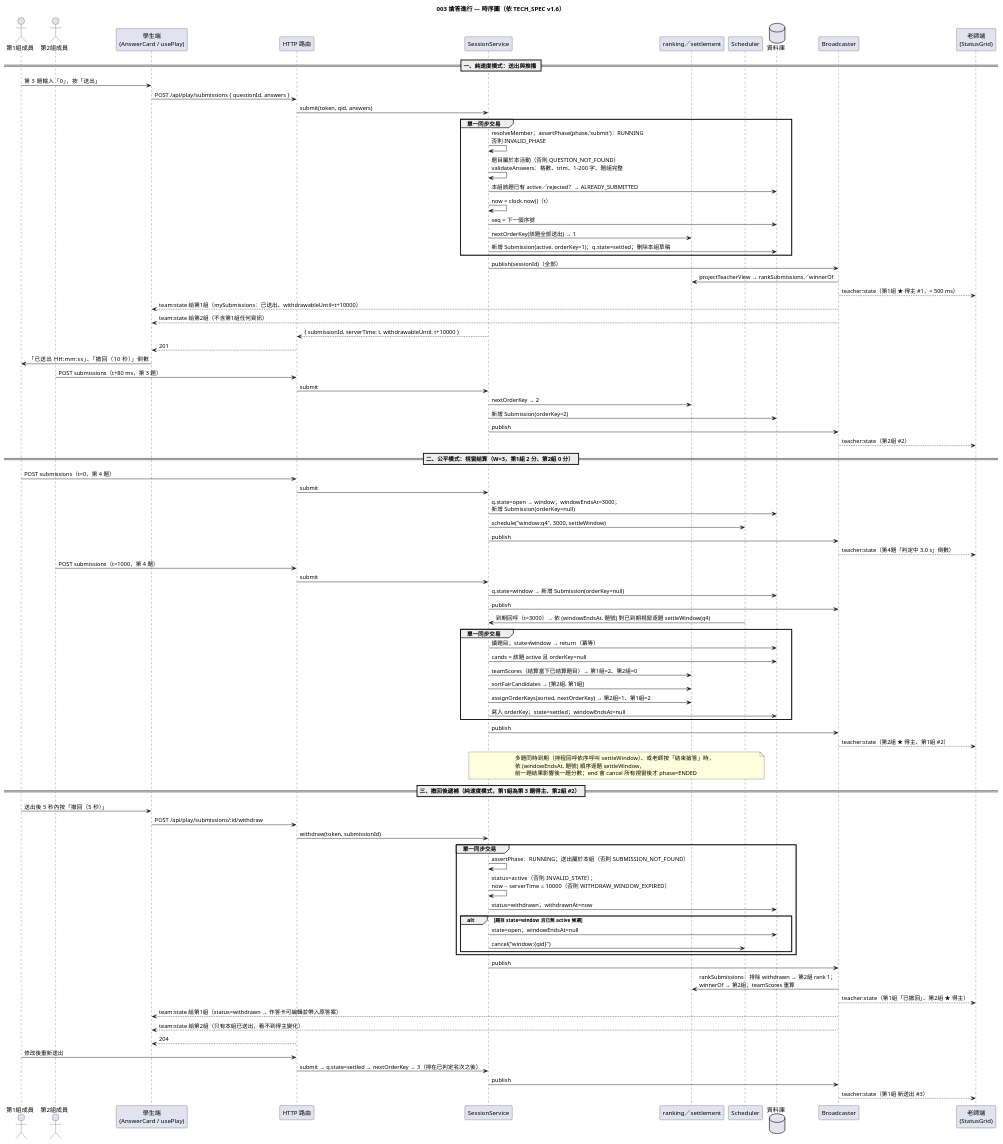
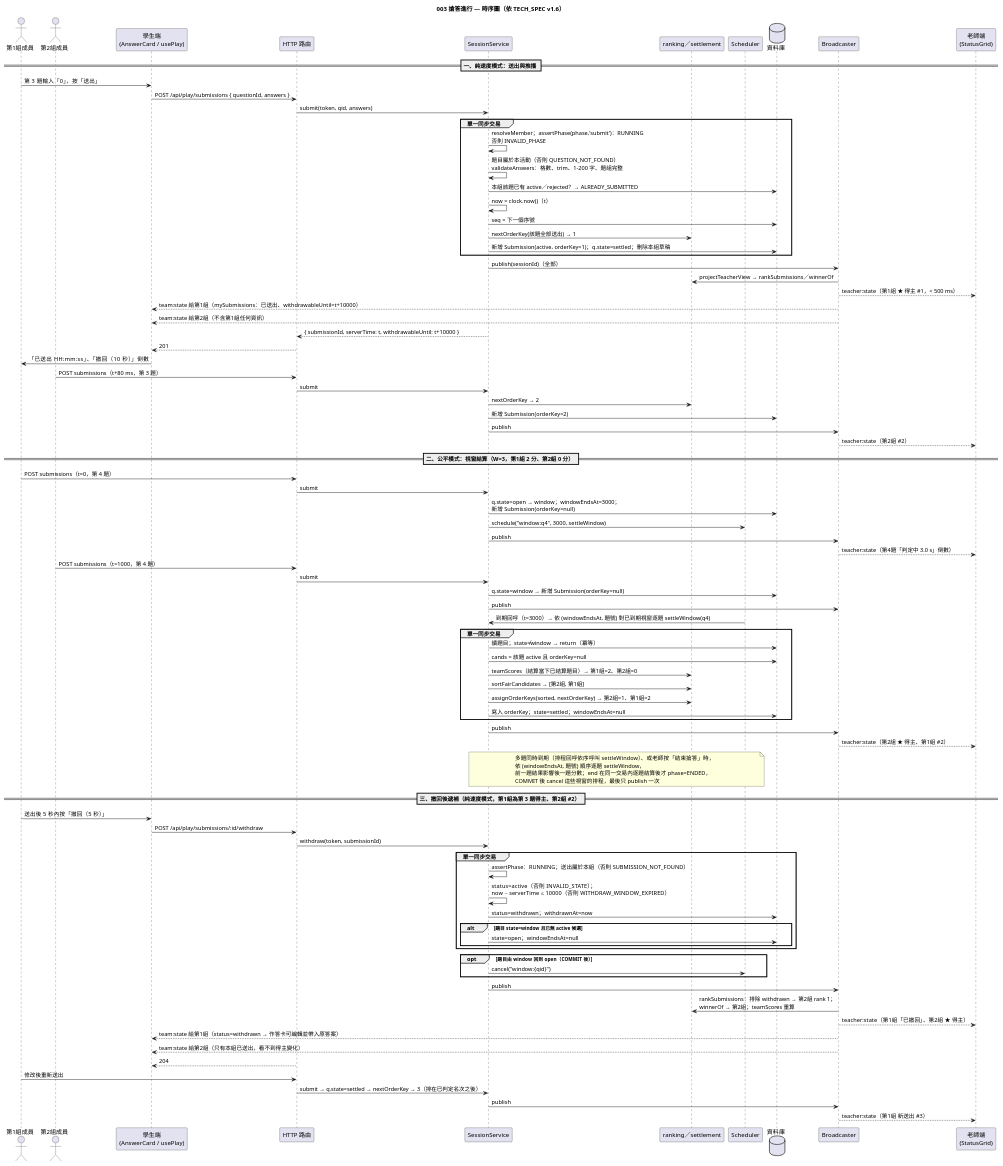
Before and after one commit to mkj-mkj/SE_Final_Project_SpecKit: the diagram in diagrams/003-sequence.puml, drawn with PlantUML. The commit also changed 2 other files, not shown here.

```diff
--- a/diagrams/003-sequence.puml
+++ b/diagrams/003-sequence.puml
@@ -1,93 +1,96 @@
 @startuml 003-sequence
 title 003 搶答進行 — 時序圖（依 TECH_SPEC v1.6）
 actor "第1組成員" as A
 actor "第2組成員" as B
 participant "學生端\n(AnswerCard / usePlay)" as SC
 participant "HTTP 路由" as Http
 participant "SessionService" as Svc
 participant "ranking／settlement" as Dom
 participant "Scheduler" as Sch
 database "資料庫" as DB
 participant "Broadcaster" as BC
 participant "老師端\n(StatusGrid)" as TC
 
 == 一、純速度模式：送出與推播 ==
 A -> SC : 第 3 題輸入「0」，按「送出」
 SC -> Http : POST /api/play/submissions { questionId, answers }
 Http -> Svc : submit(token, qid, answers)
 group 單一同步交易
   Svc -> Svc : resolveMember；assertPhase(phase,'submit')：RUNNING\n否則 INVALID_PHASE
   Svc -> Svc : 題目屬於本活動（否則 QUESTION_NOT_FOUND）\nvalidateAnswers：格數、trim、1–200 字、題組完整
   Svc -> DB : 本組該題已有 active／rejected？→ ALREADY_SUBMITTED
   Svc -> Svc : now = clock.now()（t）
   Svc -> DB : seq = 下一個序號
   Svc -> Dom : nextOrderKey(該題全部送出) → 1
   Svc -> DB : 新增 Submission(active, orderKey=1)；q.state=settled；刪除本組草稿
 end
 Svc -> BC : publish(sessionId)（全部）
 BC -> Dom : projectTeacherView → rankSubmissions／winnerOf
 BC --> TC : teacher:state（第1組 ★ 得主 #1，< 500 ms）
 BC --> SC : team:state 給第1組（mySubmissions：已送出、withdrawableUntil=t+10000）
 BC --> SC : team:state 給第2組（不含第1組任何資訊）
 Svc --> Http : { submissionId, serverTime: t, withdrawableUntil: t+10000 }
 Http --> SC : 201
 SC -> A : 「已送出 HH:mm:ss」、「撤回（10 秒）」倒數
 B -> Http : POST submissions（t+80 ms，第 3 題）
 Http -> Svc : submit
 Svc -> Dom : nextOrderKey → 2
 Svc -> DB : 新增 Submission(orderKey=2)
 Svc -> BC : publish
 BC --> TC : teacher:state（第2組 #2）
 
 == 二、公平模式：視窗結算（W=3，第1組 2 分、第2組 0 分） ==
 A -> Http : POST submissions（t=0，第 4 題）
 Http -> Svc : submit
 Svc -> DB : q.state=open → window；windowEndsAt=3000；\n新增 Submission(orderKey=null)
 Svc -> Sch : schedule("window:q4", 3000, settleWindow)
 Svc -> BC : publish
 BC --> TC : teacher:state（第4題「判定中 3.0 s」倒數）
 B -> Http : POST submissions（t=1000，第 4 題）
 Http -> Svc : submit
 Svc -> DB : q.state=window → 新增 Submission(orderKey=null)
 Svc -> BC : publish
 Sch -> Svc : 到期回呼（t=3000）→ 依 (windowEndsAt, 題號) 對已到期視窗逐題 settleWindow(q4)
 group 單一同步交易
   Svc -> DB : 讀題目；state≠window → return（冪等）
   Svc -> DB : cands = 該題 active 且 orderKey=null
   Svc -> Dom : teamScores（結算當下已結算題目）→ 第1組=2、第2組=0
   Svc -> Dom : sortFairCandidates → [第2組, 第1組]
   Svc -> Dom : assignOrderKeys(sorted, nextOrderKey) → 第2組=1、第1組=2
   Svc -> DB : 寫入 orderKey；state=settled；windowEndsAt=null
 end
 Svc -> BC : publish
 BC --> TC : teacher:state（第2組 ★ 得主、第1組 #2）
 note over Svc, Sch
   多題同時到期（排程回呼依序呼叫 settleWindow）、或老師按「結束搶答」時，
   依 (windowEndsAt, 題號) 順序逐題 settleWindow，
-  前一題結果影響後一題分數；end 會 cancel 所有視窗後才 phase=ENDED
+  前一題結果影響後一題分數；end 在同一交易內逐題結算後才 phase=ENDED，
+  COMMIT 後 cancel 這些視窗的排程，最後只 publish 一次
 end note
 
 == 三、撤回後遞補（純速度模式，第1組為第 3 題得主、第2組 #2） ==
 A -> SC : 送出後 5 秒內按「撤回（5 秒）」
 SC -> Http : POST /api/play/submissions/:id/withdraw
 Http -> Svc : withdraw(token, submissionId)
 group 單一同步交易
   Svc -> Svc : assertPhase：RUNNING；送出屬於本組（否則 SUBMISSION_NOT_FOUND）
   Svc -> Svc : status=active（否則 INVALID_STATE）；\nnow − serverTime ≤ 10000（否則 WITHDRAW_WINDOW_EXPIRED）
   Svc -> DB : status=withdrawn；withdrawnAt=now
   alt 題目 state=window 且已無 active 候選
     Svc -> DB : state=open；windowEndsAt=null
-    Svc -> Sch : cancel("window:{qid}")
   end
+end
+opt 題目由 window 回到 open（COMMIT 後）
+  Svc -> Sch : cancel("window:{qid}")
 end
 Svc -> BC : publish
 BC -> Dom : rankSubmissions：排除 withdrawn → 第2組 rank 1；\nwinnerOf → 第2組；teamScores 重算
 BC --> TC : teacher:state（第1組「已撤回」、第2組 ★ 得主）
 BC --> SC : team:state 給第1組（status=withdrawn → 作答卡可編輯並帶入原答案）
 BC --> SC : team:state 給第2組（只有本組已送出，看不到得主變化）
 Http --> SC : 204
 A -> Http : 修改後重新送出
 Http -> Svc : submit → q.state=settled → nextOrderKey → 3（排在已判定名次之後）
 Svc -> BC : publish
 BC --> TC : teacher:state（第1組 新送出 #3）
 @enduml
```
